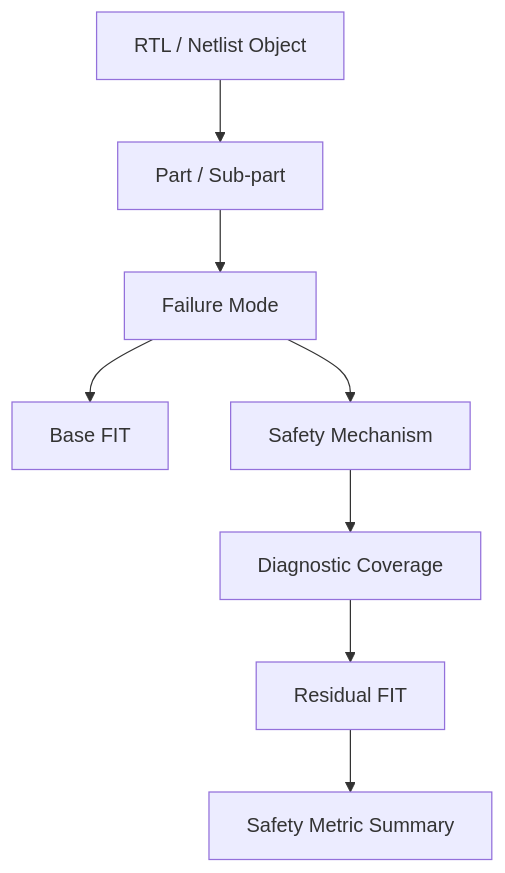
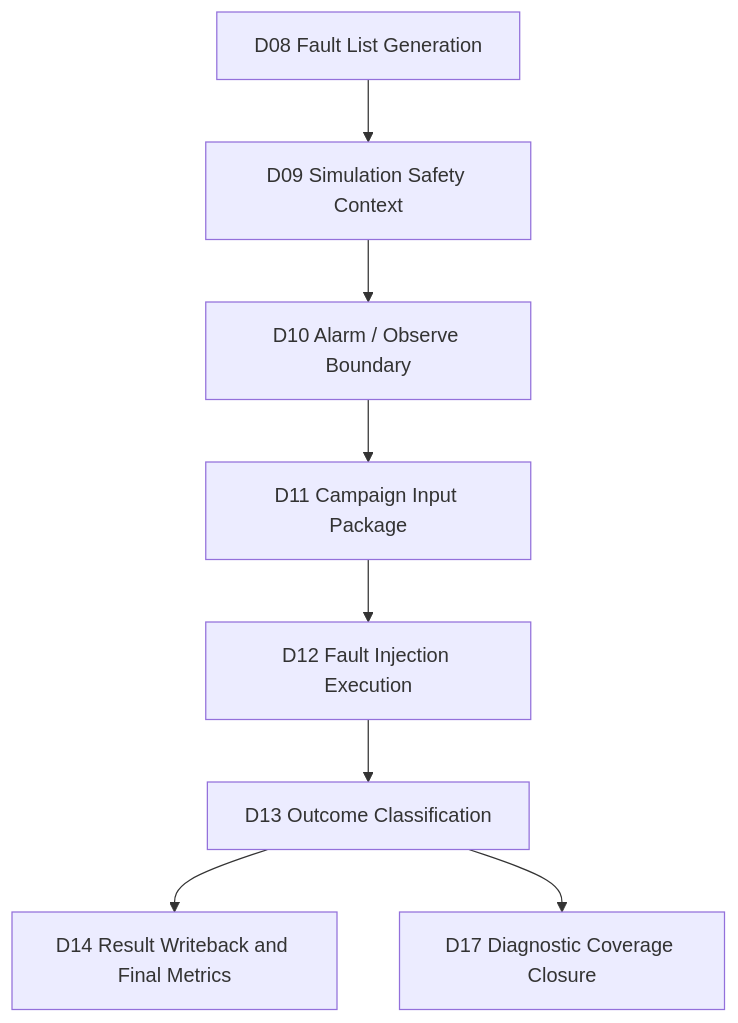
The second of 10 diagrams in articles/13_automotive_safeic_practice_d13_github_en_fmeda_update.md (qiqixixi1001/automotive-safeic-practice), drawn with Mermaid before and after one commit. The commit also changed other lines of this file, not shown here.

````diff
--- a/articles/13_automotive_safeic_practice_d13_github_en_fmeda_update.md
+++ b/articles/13_automotive_safeic_practice_d13_github_en_fmeda_update.md
@@ -143,10 +64,10 @@
 ```mermaid
 flowchart TD
-    A[RTL / Netlist Object] --> B[Part / Sub-part]
-    B --> C[Failure Mode]
-    C --> D[Base FIT]
-    C --> E[Safety Mechanism]
-    E --> F[Diagnostic Coverage]
-    F --> G[Residual FIT]
-    G --> H[Safety Metric Summary]
+    D08[D08 Fault List Generation] --> D09[D09 Simulation Safety Context]
+    D09 --> D10[D10 Alarm / Observe Boundary]
+    D10 --> D11[D11 Campaign Input Package]
+    D11 --> D12[D12 Fault Injection Execution]
+    D12 --> D13[D13 Outcome Classification]
+    D13 --> D14[D14 Result Writeback and Final Metrics]
+    D13 --> D17[D17 Diagnostic Coverage Closure]
 ```
````
